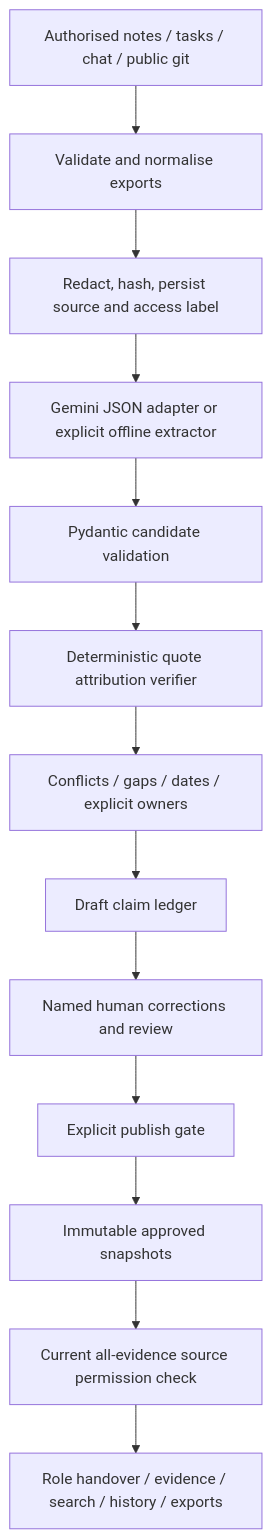
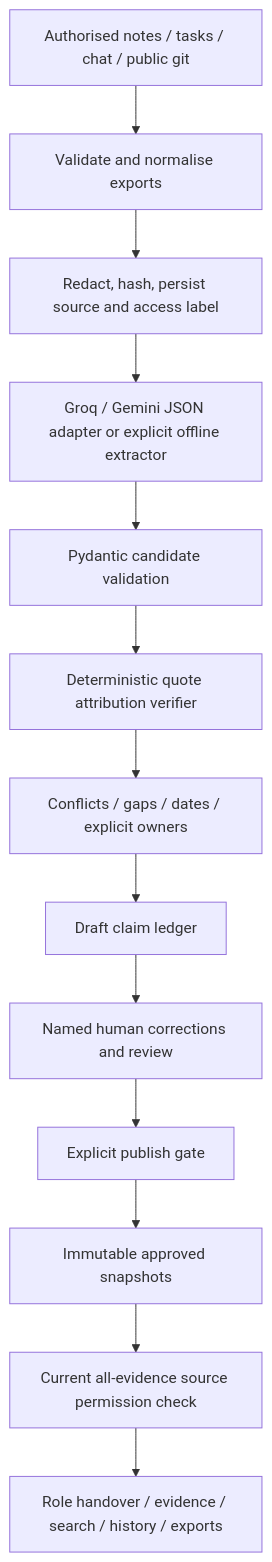
Before and after one commit to ChaitanyaYemul/Baton: the diagram in docs/ARCHITECTURE.md, drawn with Mermaid. The commit also changed other lines of this file and 17 other files, not shown here.

````diff
--- a/docs/ARCHITECTURE.md
+++ b/docs/ARCHITECTURE.md
@@ -3,15 +3,15 @@
 ```mermaid
 flowchart TD
   A[Authorised notes / tasks / chat / public git] --> B[Validate and normalise exports]
   B --> C[Redact, hash, persist source and access label]
-  C --> D[Gemini JSON adapter or explicit offline extractor]
+  C --> D[Groq / Gemini JSON adapter or explicit offline extractor]
   D --> E[Pydantic candidate validation]
   E --> F[Deterministic quote attribution verifier]
   F --> G[Conflicts / gaps / dates / explicit owners]
   G --> H[Draft claim ledger]
   H --> I[Named human corrections and review]
   I --> J[Explicit publish gate]
   J --> K[Immutable approved snapshots]
   K --> L[Current all-evidence source permission check]
   L --> M[Role handover / evidence / search / history / exports]
 ```
````
